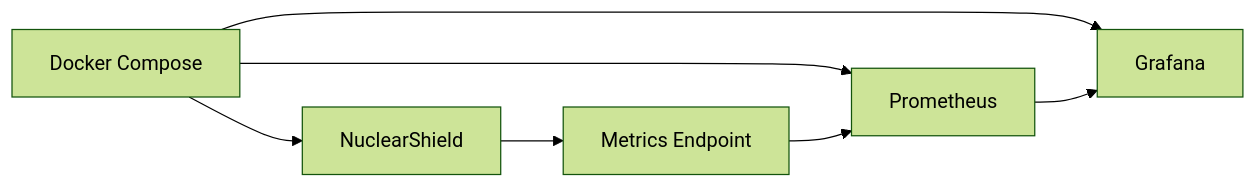
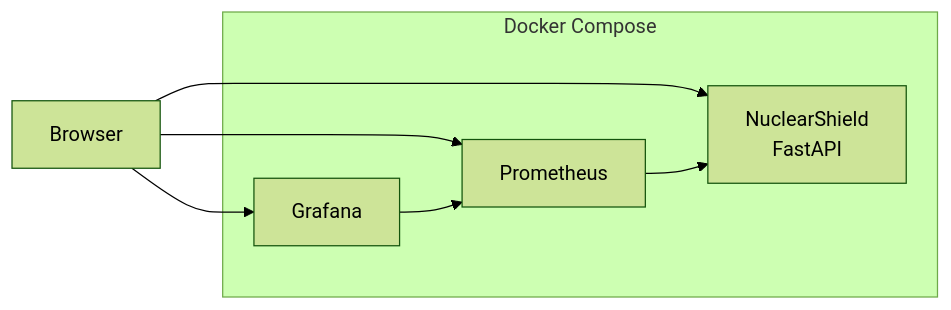
Before and after one commit to ruveeha33/NuclearShield: the fifth of 6 diagrams in README.md, drawn with Mermaid (forest theme). The commit also changed other lines of this file, not shown here.

````diff
--- a/README.md
+++ b/README.md
@@ -605,10 +635,18 @@
 ```mermaid
 flowchart LR
-    A["Docker Compose"] --> B["NuclearShield"]
-    A --> C["Prometheus"]
-    A --> D["Grafana"]
 
-    B --> E["Metrics Endpoint"]
-    E --> C
-    C --> D
+    BROWSER["Browser"]
+
+    subgraph DOCKER["Docker Compose"]
+        NS["NuclearShield<br/>FastAPI"]
+        PROM["Prometheus"]
+        GRAF["Grafana"]
+    end
+
+    BROWSER --> NS
+    BROWSER --> PROM
+    BROWSER --> GRAF
+
+    PROM --> NS
+    GRAF --> PROM
 ```
````
